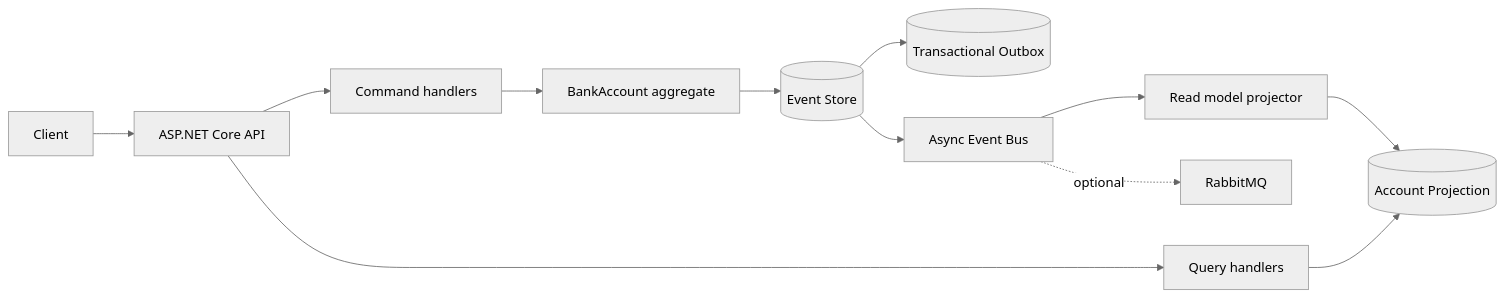
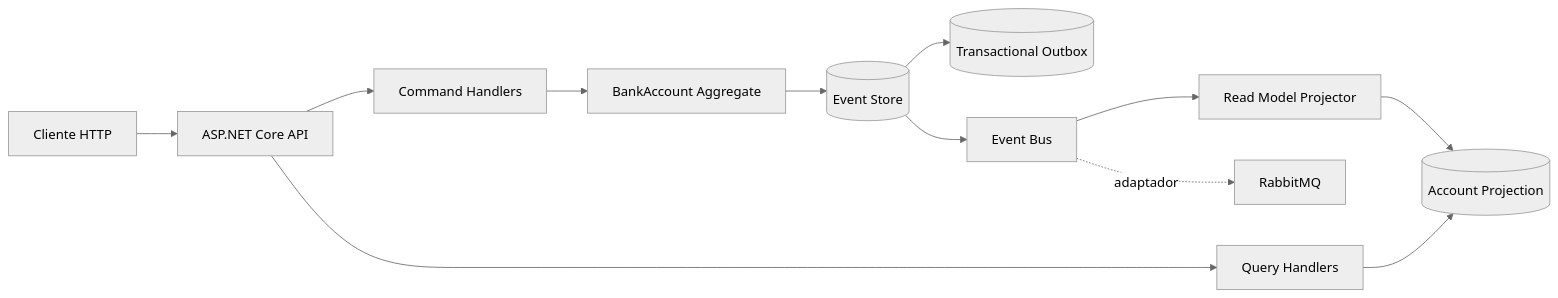
The diagram in README.md (dev-ryanmartins/ledgerforge), drawn with Mermaid (neutral theme) before and after one commit. The commit also changed other lines of this file, not shown here.

````diff
--- a/README.md
+++ b/README.md
@@ -22,14 +45,14 @@
 ```mermaid
 flowchart LR
-    Client --> API[ASP.NET Core API]
-    API --> Commands[Command handlers]
-    Commands --> Aggregate[BankAccount aggregate]
+    Client[Cliente HTTP] --> API[ASP.NET Core API]
+    API --> Commands[Command Handlers]
+    Commands --> Aggregate[BankAccount Aggregate]
     Aggregate --> Store[(Event Store)]
     Store --> Outbox[(Transactional Outbox)]
-    Store --> Bus[Async Event Bus]
-    Bus --> Projector[Read model projector]
+    Store --> Bus[Event Bus]
+    Bus --> Projector[Read Model Projector]
     Projector --> Projection[(Account Projection)]
-    API --> Queries[Query handlers]
+    API --> Queries[Query Handlers]
     Queries --> Projection
-    Bus -. optional .-> Rabbit[RabbitMQ]
+    Bus -. adaptador .-> Rabbit[RabbitMQ]
 ```
````
